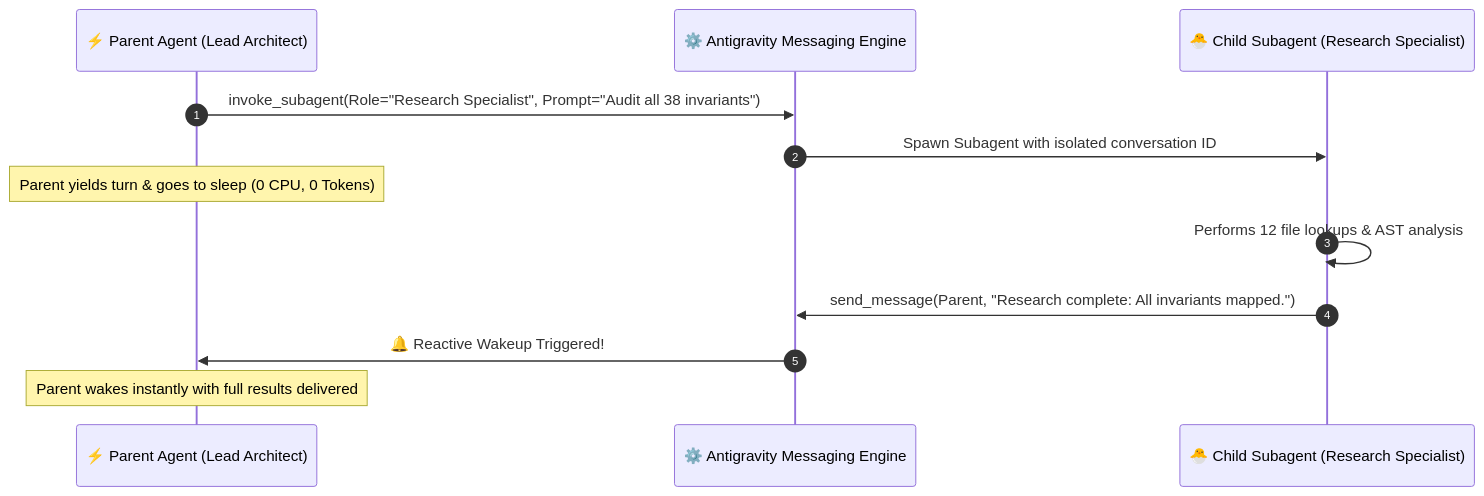
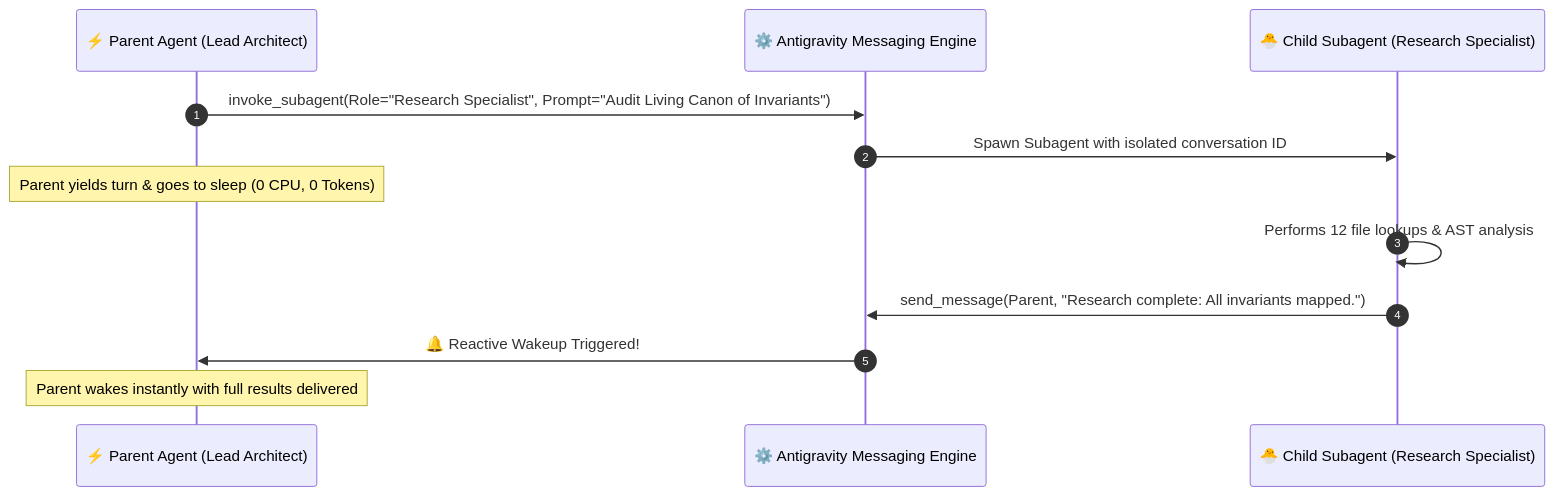
The diagram in blog/subagent-parenthood.md (artibyrd/credence-docs), drawn with Mermaid before and after one commit. The commit also changed other lines of this file and 165 other files, not shown here.

Commit message:
chore(release): bump ecosystem to v1.21.7 (docs audit, deduplication, living canon)

````diff
--- a/blog/subagent-parenthood.md
+++ b/blog/subagent-parenthood.md
@@ -34,15 +34,15 @@
 ```mermaid
 sequenceDiagram
     autonumber
     participant Parent as ⚡ Parent Agent (Lead Architect)
     participant Core as ⚙️ Antigravity Messaging Engine
     participant Child as 🐣 Child Subagent (Research Specialist)
 
-    Parent->>Core: invoke_subagent(Role="Research Specialist", Prompt="Audit all 38 invariants")
+    Parent->>Core: invoke_subagent(Role="Research Specialist", Prompt="Audit Living Canon of Invariants")
     Core->>Child: Spawn Subagent with isolated conversation ID
     Note over Parent: Parent yields turn & goes to sleep (0 CPU, 0 Tokens)
     Child->>Child: Performs 12 file lookups & AST analysis
     Child->>Core: send_message(Parent, "Research complete: All invariants mapped.")
     Core->>Parent: 🔔 Reactive Wakeup Triggered!
     Note over Parent: Parent wakes instantly with full results delivered
 ```
````
